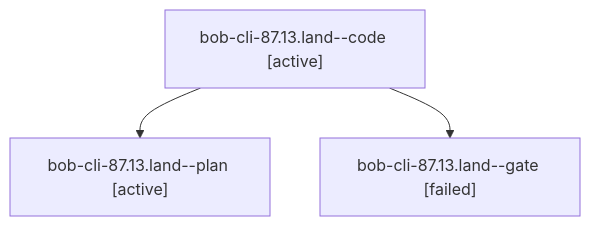
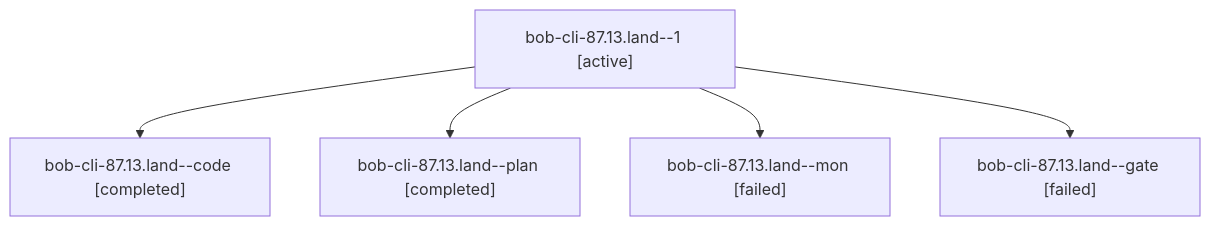
Before and after one commit to bobs-org/bob-cli--agents: the diagram in sessions/bbugyi200.athena.bob-cli-87.13.land.md, drawn with Mermaid. The commit also changed other lines of this file and 184 other files, not shown here.

````diff
--- a/sessions/bbugyi200.athena.bob-cli-87.13.land.md
+++ b/sessions/bbugyi200.athena.bob-cli-87.13.land.md
@@ -9,8 +9,12 @@
 ```mermaid
 flowchart TD
-  n0["bob-cli-87.13.land--code [active]"]
-  n1["bob-cli-87.13.land--plan [active]"]
+  n0["bob-cli-87.13.land--1 [active]"]
+  n1["bob-cli-87.13.land--code [completed]"]
   n0 --> n1
-  n2["bob-cli-87.13.land--gate [failed]"]
+  n2["bob-cli-87.13.land--plan [completed]"]
   n0 --> n2
+  n3["bob-cli-87.13.land--mon [failed]"]
+  n0 --> n3
+  n4["bob-cli-87.13.land--gate [failed]"]
+  n0 --> n4
 ```
````
